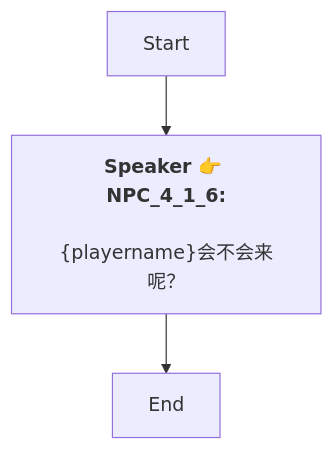
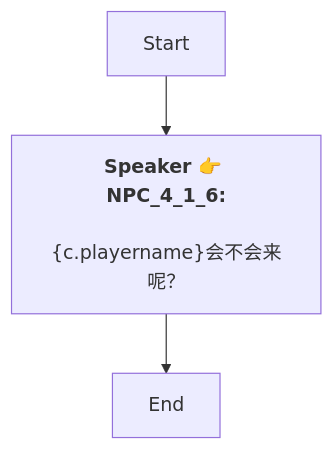
One commit to SoftHu/tos_avg changed the diagram in Zh/Dialog_54730038098114.md. Above: the diagram before and after it, drawn with Mermaid. The commit also changed 410 other files, not shown here.

````diff
--- a/Zh/Dialog_54730038098114.md
+++ b/Zh/Dialog_54730038098114.md
@@ -1,7 +1,7 @@
 ```mermaid
 graph
 Start -->1751363297787173[<b>Speaker 👉 NPC_4_1_6:</b>
-\n&lbrace;playername&rbrace;会不会来呢？]
+\n&lbrace;c.playername&rbrace;会不会来呢？]
 1751363297787173 -->1751363310852391[End]
 
 ```
````
